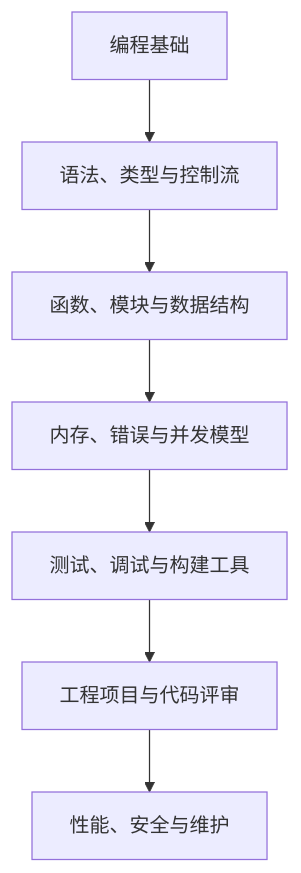
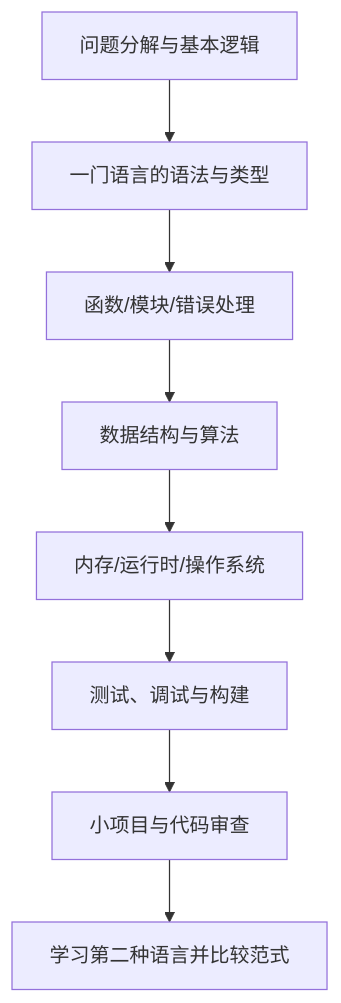
Before and after one commit to ilikui/Notes: the diagram in pages/编程语言.md, drawn with Mermaid. The commit also changed other lines of this file and 20 other files, not shown here.

First line of the commit message:
docs: complete foundation notes and add diagrams

````diff
--- a/pages/编程语言.md
+++ b/pages/编程语言.md
@@ -7,9 +13,10 @@
 ```mermaid
 flowchart TD
-    A[编程基础] --> B[语法、类型与控制流]
-    B --> C[函数、模块与数据结构]
-    C --> D[内存、错误与并发模型]
-    D --> E[测试、调试与构建工具]
-    E --> F[工程项目与代码评审]
-    F --> G[性能、安全与维护]
+    A[问题分解与基本逻辑] --> B[一门语言的语法与类型]
+    B --> C[函数/模块/错误处理]
+    C --> D[数据结构与算法]
+    D --> E[内存/运行时/操作系统]
+    E --> F[测试、调试与构建]
+    F --> G[小项目与代码审查]
+    G --> H[学习第二种语言并比较范式]
 ```
````
